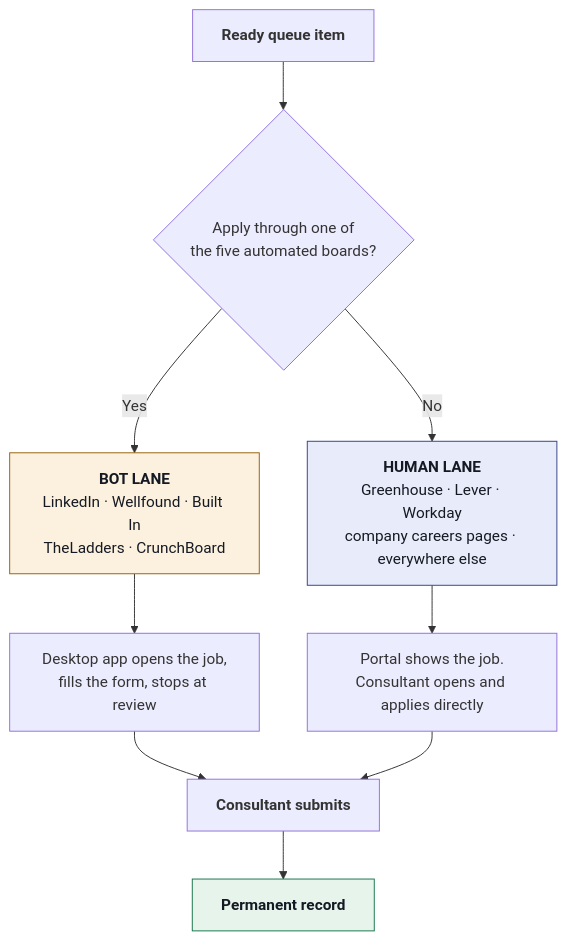
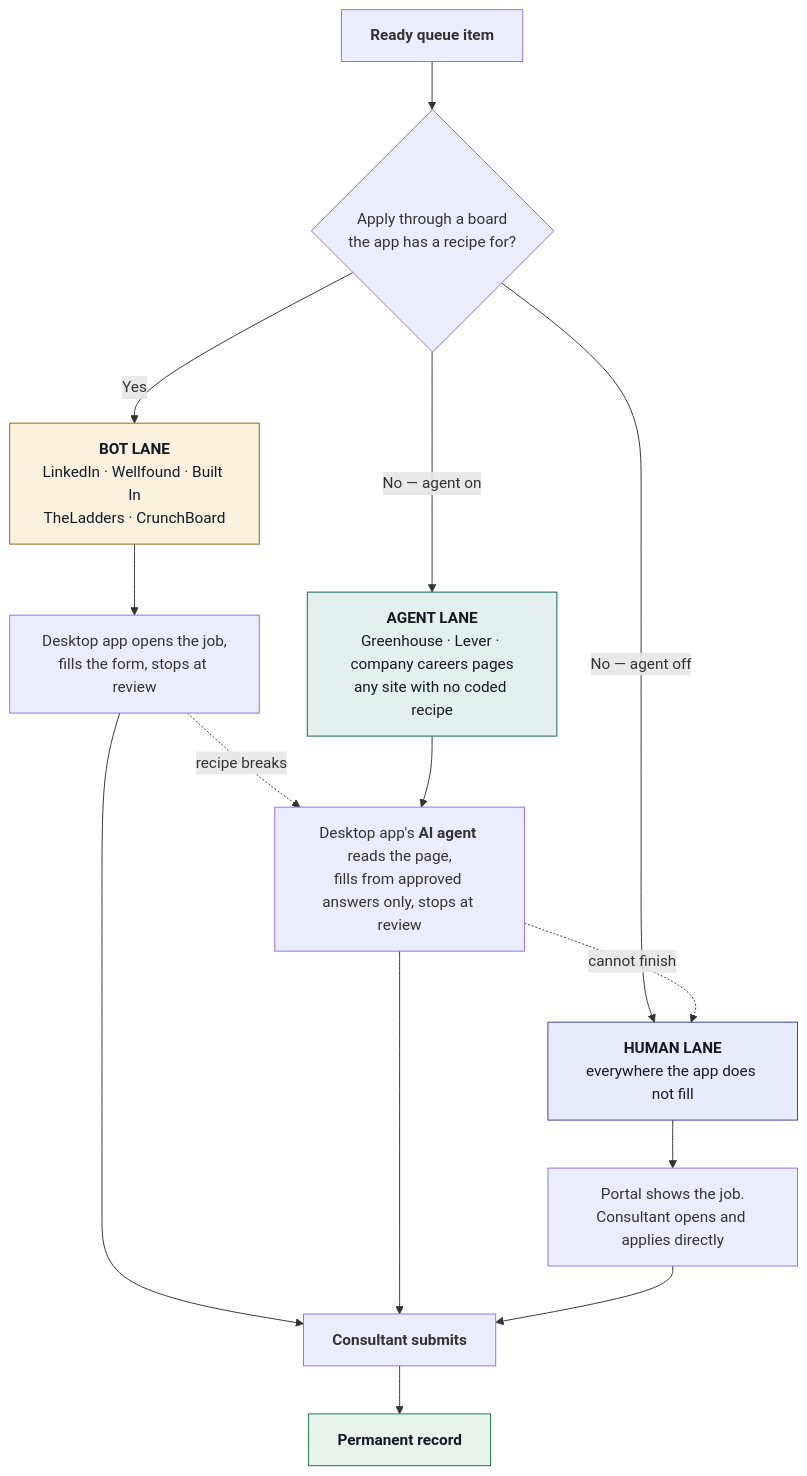
Before and after one commit to saidhanush1702/Staffing_Autopilot: the eighth of 14 diagrams in README.md, drawn with Mermaid. The commit also changed other lines of this file and 34 other files, not shown here.

````diff
--- a/README.md
+++ b/README.md
@@ -382,18 +383,24 @@
 ```mermaid
 flowchart TD
-    A["<b>Ready queue item</b>"] --> B{"Apply through one of<br/>the five automated boards?"}
+    A["<b>Ready queue item</b>"] --> B{"Apply through a board<br/>the app has a recipe for?"}
 
     B -->|"Yes"| C["<b>BOT LANE</b><br/>LinkedIn · Wellfound · Built In<br/>TheLadders · CrunchBoard"]
-    B -->|"No"| D["<b>HUMAN LANE</b><br/>Greenhouse · Lever · Workday<br/>company careers pages · everywhere else"]
+    B -->|"No — agent on"| X["<b>AGENT LANE</b><br/>Greenhouse · Lever · company careers pages<br/>any site with no coded recipe"]
+    B -->|"No — agent off"| D["<b>HUMAN LANE</b><br/>everywhere the app does not fill"]
 
     C --> E["Desktop app opens the job,<br/>fills the form, stops at review"]
+    E -.->|"recipe breaks"| Y
+    X --> Y["Desktop app's <b>AI agent</b> reads the page,<br/>fills from approved answers only, stops at review"]
+    Y -.->|"cannot finish"| D
     D --> F["Portal shows the job.<br/>Consultant opens and applies directly"]
 
     E --> G["<b>Consultant submits</b>"]
+    Y --> G
     F --> G
     G --> H["<b>Permanent record</b>"]
 
     style C fill:#fbf1de,stroke:#96620a,color:#151923
+    style X fill:#e3f1ee,stroke:#0d6157,color:#151923
     style D fill:#e8ecfa,stroke:#37418c,color:#151923
     style H fill:#e6f4ec,stroke:#17754a,color:#151923
 ```
````
